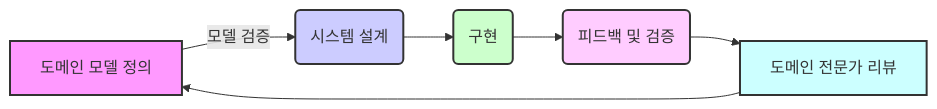
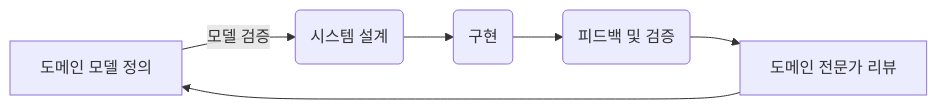
The first of 2 diagrams in DDD/3장 모델과 구현의 연계.md (christopher3810/DomainDrivenDesign), drawn with Mermaid before and after one commit. The commit also changed other lines of this file, not shown here.

````diff
--- a/DDD/3장 모델과 구현의 연계.md
+++ b/DDD/3장 모델과 구현의 연계.md
@@ -54,13 +54,8 @@
 ```mermaid
 graph LR;
     A[도메인 모델 정의] -->|모델 검증| B(시스템 설계)
     B --> C(구현)
     C --> D(피드백 및 검증)
     D --> E[도메인 전문가 리뷰]
     E --> A
-    style A fill:#f9f,stroke:#333,stroke-width:2px;
-    style B fill:#ccf,stroke:#333,stroke-width:2px;
-    style C fill:#cfc,stroke:#333,stroke-width:2px;
-    style D fill:#fcf,stroke:#333,stroke-width:2px;
-    style E fill:#cff,stroke:#333,stroke-width:2px;
 ```
````
